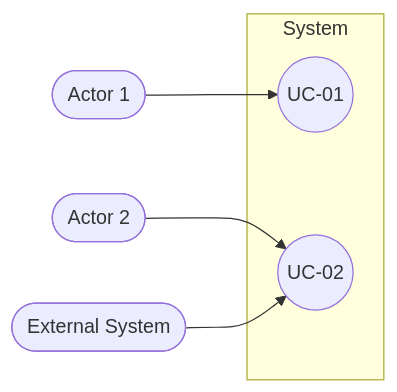
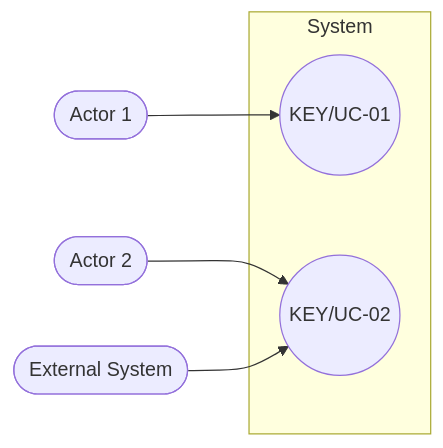
Before and after one commit to mhshahin01/builders-skills: the first of 18 diagrams in sdd-unifier/TEMPLATE-COMBINED.md, drawn with Mermaid. The commit also changed other lines of this file and 21 other files, not shown here.

````diff
--- a/sdd-unifier/TEMPLATE-COMBINED.md
+++ b/sdd-unifier/TEMPLATE-COMBINED.md
@@ -206,16 +228,16 @@
 ```mermaid
 flowchart LR
   %% Replace placeholders below
   A1([Actor 1])
   A2([Actor 2])
   EXT([External System])
 
   subgraph System
-    UC01((UC-01))
-    UC02((UC-02))
+    UC01(("KEY/UC-01"))
+    UC02(("KEY/UC-02"))
   end
 
   A1 --> UC01
   A2 --> UC02
   EXT --> UC02
 ```
````
